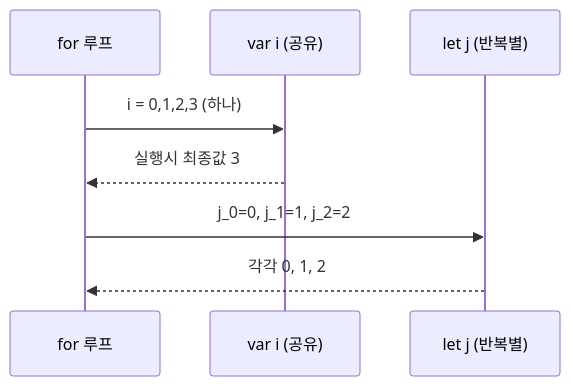
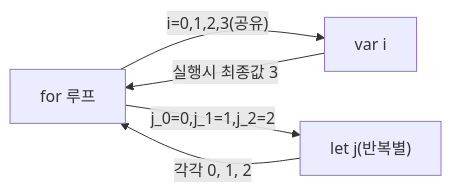
The sixth of 9 diagrams in _posts/frontend/2026-05-02-js-var-let-const.md (yjkim2015/yjkim2015.github.io), drawn with Mermaid before and after one commit. The commit also changed 32 other files, not shown here.

First line of the commit message:
sequenceDiagram 82개 → graph LR 변환 완료

````diff
--- a/_posts/frontend/2026-05-02-js-var-let-const.md
+++ b/_posts/frontend/2026-05-02-js-var-let-const.md
@@ -281,10 +281,7 @@
 ```mermaid
-sequenceDiagram
-    participant FOR as for 루프
-    participant VAR_I as var i (공유)
-    participant LET_J as let j (반복별)
-    FOR->>VAR_I: i = 0,1,2,3 (하나)
-    VAR_I-->>FOR: 실행시 최종값 3
-    FOR->>LET_J: j_0=0, j_1=1, j_2=2
-    LET_J-->>FOR: 각각 0, 1, 2
+graph LR
+    FOR["for 루프"] -->|"i=0,1,2,3(공유)"| VAR_I["var i"]
+    VAR_I -->|"실행시 최종값 3"| FOR
+    FOR -->|"j_0=0,j_1=1,j_2=2"| LET_J["let j(반복별)"]
+    LET_J -->|"각각 0, 1, 2"| FOR
 ```
````
